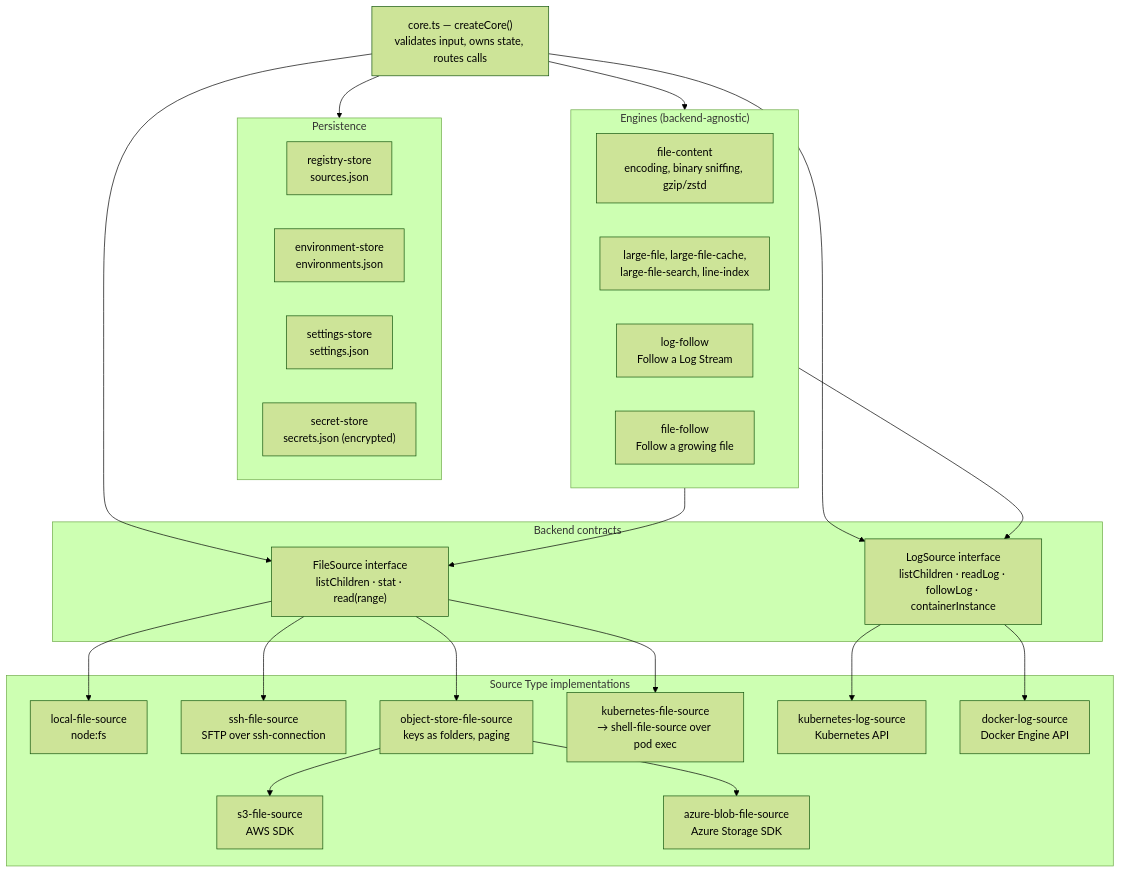
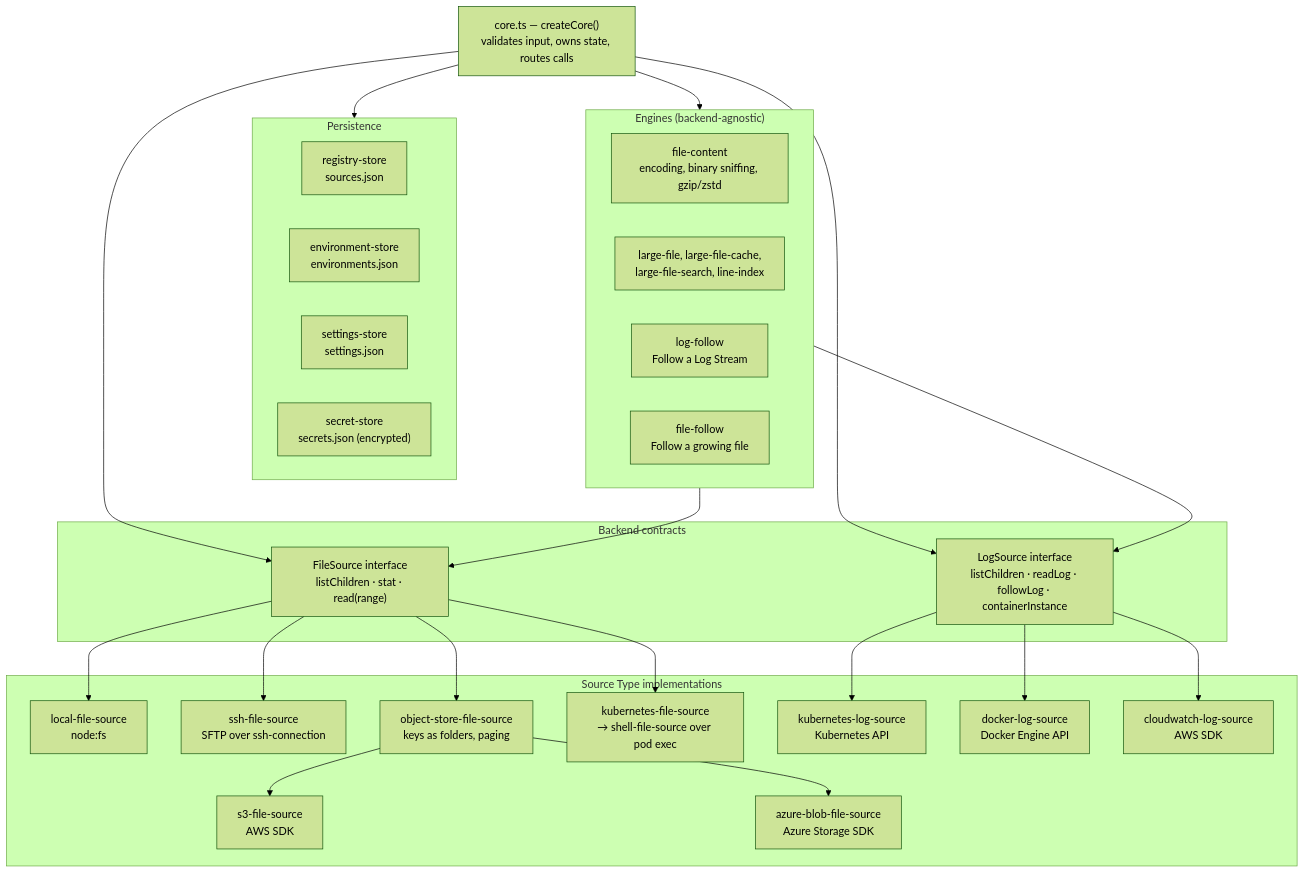
One commit to ducttapeworksorg/polyscope changed the second of 7 diagrams in docs/architecture.md. Above: the diagram before and after it, drawn with Mermaid (forest theme). The commit also changed other lines of this file and 24 other files, not shown here.

````diff
--- a/docs/architecture.md
+++ b/docs/architecture.md
@@ -165,45 +165,47 @@
 ```mermaid
 flowchart TB
   Facade["core.ts — createCore()<br/>validates input, owns state, routes calls"]
 
   subgraph Stores["Persistence"]
     Registry["registry-store<br/>sources.json"]
     Envs["environment-store<br/>environments.json"]
     SettingsS["settings-store<br/>settings.json"]
     Secrets["secret-store<br/>secrets.json (encrypted)"]
   end
 
   subgraph Engines["Engines (backend-agnostic)"]
     Content["file-content<br/>encoding, binary sniffing, gzip/zstd"]
     Large["large-file, large-file-cache,<br/>large-file-search, line-index"]
     LogFollow["log-follow<br/>Follow a Log Stream"]
     FileFollow["file-follow<br/>Follow a growing file"]
   end
 
   subgraph Abstractions["Backend contracts"]
     FS["FileSource interface<br/>listChildren · stat · read(range)"]
     LS["LogSource interface<br/>listChildren · readLog · followLog · containerInstance"]
   end
 
   subgraph Impl["Source Type implementations"]
     Local["local-file-source<br/>node:fs"]
     SSH["ssh-file-source<br/>SFTP over ssh-connection"]
     S3["s3-file-source<br/>AWS SDK"]
     Azure["azure-blob-file-source<br/>Azure Storage SDK"]
     OS["object-store-file-source<br/>keys as folders, paging"]
     KF["kubernetes-file-source<br/>→ shell-file-source over pod exec"]
     KL["kubernetes-log-source<br/>Kubernetes API"]
     DL["docker-log-source<br/>Docker Engine API"]
+    CW["cloudwatch-log-source<br/>AWS SDK"]
   end
 
   Facade --> Stores
   Facade --> Engines
   Engines --> FS
   Engines --> LS
   Facade --> FS
   Facade --> LS
   FS --> Local & SSH & OS & KF
   OS --> S3 & Azure
   LS --> KL
   LS --> DL
+  LS --> CW
 ```
````
